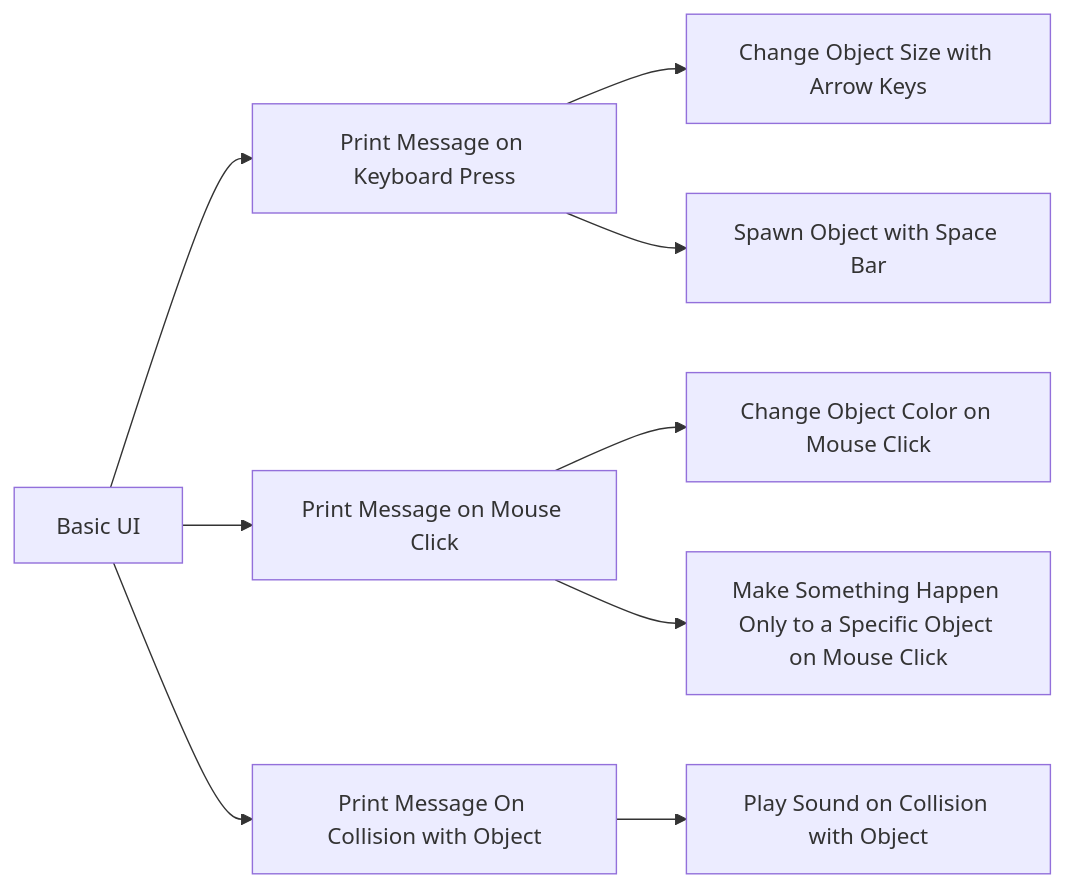
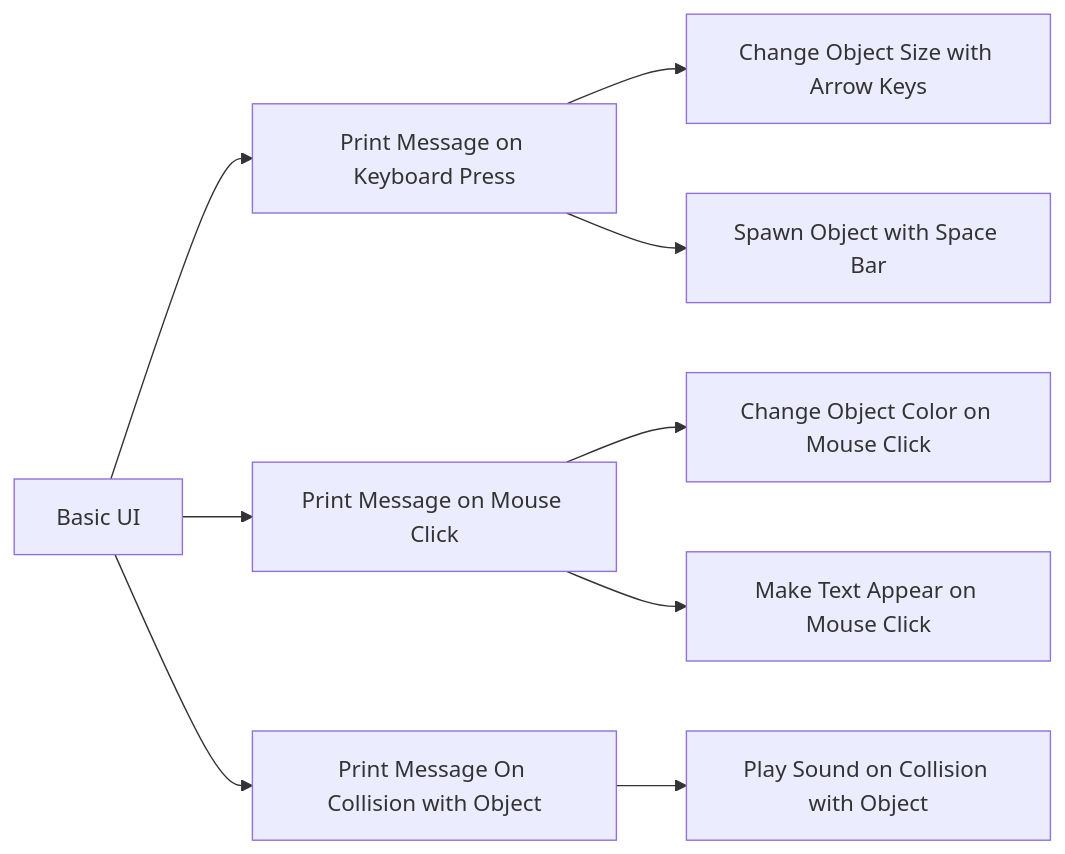
The diagram in data/work/realityLab-unity-scripting-tutorials.md (learninglab-dev/the-resources), drawn with Mermaid before and after one commit. The commit also changed other lines of this file, not shown here.

````diff
--- a/data/work/realityLab-unity-scripting-tutorials.md
+++ b/data/work/realityLab-unity-scripting-tutorials.md
@@ -8,13 +8,13 @@
 ```mermaid
 graph LR
 A[Basic UI] --> B[Print Message on Keyboard Press]
 A --> H[Print Message on Mouse Click]
 A --> C[Print Message On Collision with Object]
 B --> D[Change Object Size with Arrow Keys]
 B --> E[Spawn Object with Space Bar]
 H --> F[Change Object Color on Mouse Click]
-H --> I[Make Something Happen Only to a Specific Object on Mouse Click]
+H --> I[Make Text Appear on Mouse Click]
 C --> G[Play Sound on Collision with Object]
 
 
 ```
````
